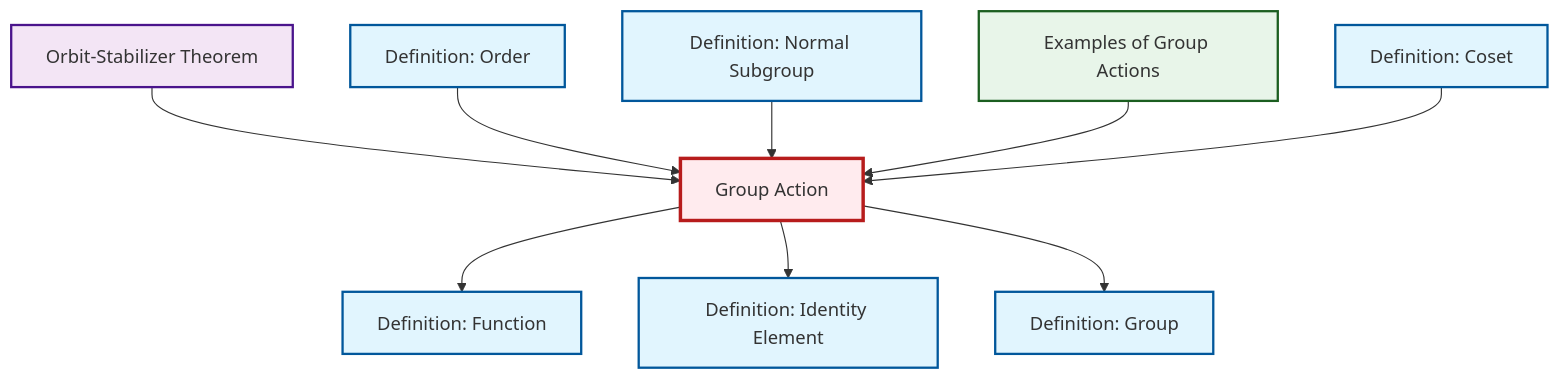
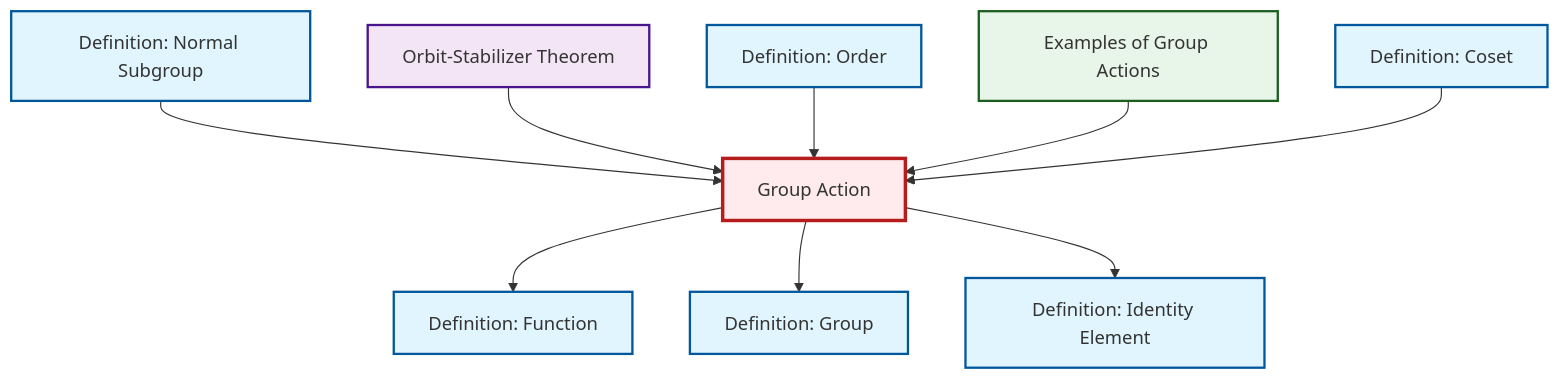
One commit to RK0429/ModernMath changed the diagram in content/ja/algebra/def-group-action.qmd. Above: the diagram before and after it, drawn with Mermaid. The commit also changed other lines of this file and 634 other files, not shown here.

````diff
--- a/content/ja/algebra/def-group-action.qmd
+++ b/content/ja/algebra/def-group-action.qmd
@@ -62,35 +62,35 @@
 ```{mermaid}
 %%| fig-cap: "Local dependency graph"
 graph TD
     classDef definition fill:#e1f5fe,stroke:#01579b,stroke-width:2px
     classDef theorem fill:#f3e5f5,stroke:#4a148c,stroke-width:2px
     classDef axiom fill:#fff3e0,stroke:#e65100,stroke-width:2px
     classDef example fill:#e8f5e9,stroke:#1b5e20,stroke-width:2px
     classDef current fill:#ffebee,stroke:#b71c1c,stroke-width:3px
+    def-group["Definition: Group"]:::definition
+    thm-orbit-stabilizer["Orbit-Stabilizer Theorem"]:::theorem
     def-normal-subgroup["Definition: Normal Subgroup"]:::definition
-    def-group["Definition: Group"]:::definition
-    def-coset["Definition: Coset"]:::definition
-    def-group-action["Group Action"]:::definition
-    thm-orbit-stabilizer["Orbit-Stabilizer Theorem"]:::theorem
     def-order["Definition: Order"]:::definition
     def-function["Definition: Function"]:::definition
+    def-group-action["Group Action"]:::definition
     ex-group-action-examples["Examples of Group Actions"]:::example
     def-identity-element["Definition: Identity Element"]:::definition
+    def-coset["Definition: Coset"]:::definition
     def-group-action --> def-function
+    def-normal-subgroup --> def-group-action
     thm-orbit-stabilizer --> def-group-action
+    def-group-action --> def-group
+    def-order --> def-group-action
     def-group-action --> def-identity-element
-    def-order --> def-group-action
-    def-group-action --> def-group
-    def-normal-subgroup --> def-group-action
     ex-group-action-examples --> def-group-action
     def-coset --> def-group-action
     class def-group-action current
+    click def-group "def-group.html" "Definition: Groupへ"
+    click thm-orbit-stabilizer "thm-orbit-stabilizer.html" "Orbit-Stabilizer Theoremへ"
     click def-normal-subgroup "def-normal-subgroup.html" "Definition: Normal Subgroupへ"
-    click def-group "def-group.html" "Definition: Groupへ"
-    click def-coset "def-coset.html" "Definition: Cosetへ"
-    click thm-orbit-stabilizer "thm-orbit-stabilizer.html" "Orbit-Stabilizer Theoremへ"
     click def-order "def-order.html" "Definition: Orderへ"
     click def-function "def-function.html" "Definition: Functionへ"
     click ex-group-action-examples "ex-group-action-examples.html" "Examples of Group Actionsへ"
     click def-identity-element "def-identity-element.html" "Definition: Identity Elementへ"
+    click def-coset "def-coset.html" "Definition: Cosetへ"
 ```
````
